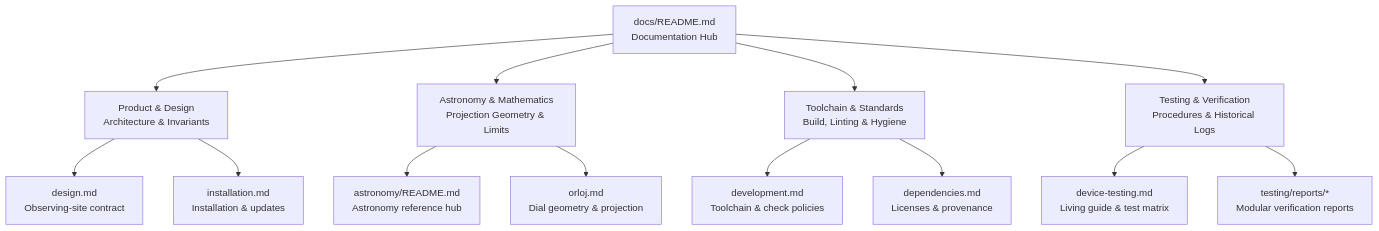
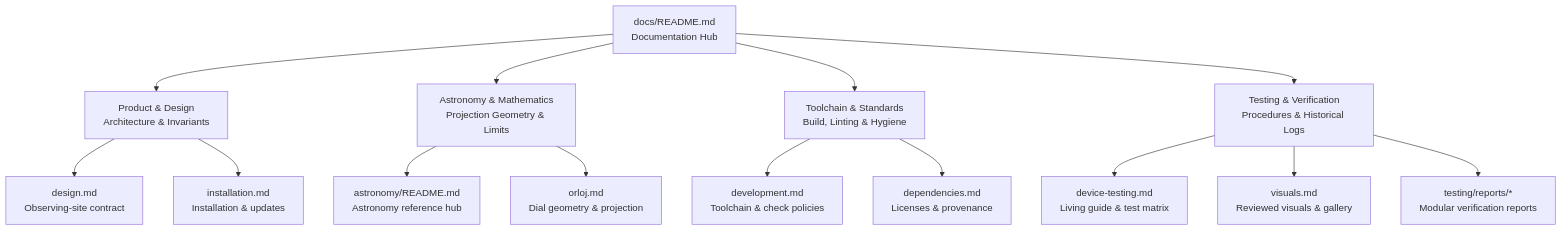
One commit to cmp0xff/astronomical-clocks-wallpaper changed the diagram in docs/README.md. Above: the diagram before and after it, drawn with Mermaid. The commit also changed other lines of this file and 8 other files, not shown here.

````diff
--- a/docs/README.md
+++ b/docs/README.md
@@ -7,25 +7,26 @@
 ```mermaid
 graph TD
     DocsHub["docs/README.md<br/>Documentation Hub"]
     Design["Product & Design<br/>Architecture & Invariants"]
     Astronomy["Astronomy & Mathematics<br/>Projection Geometry & Limits"]
     Dev["Toolchain & Standards<br/>Build, Linting & Hygiene"]
     Testing["Testing & Verification<br/>Procedures & Historical Logs"]
     
     DocsHub --> Design
     DocsHub --> Astronomy
     DocsHub --> Dev
     DocsHub --> Testing
 
     Design --> D1["design.md<br/>Observing-site contract"]
     Design --> D2["installation.md<br/>Installation & updates"]
 
     Astronomy --> A1["astronomy/README.md<br/>Astronomy reference hub"]
     Astronomy --> A2["orloj.md<br/>Dial geometry & projection"]
 
     Dev --> V1["development.md<br/>Toolchain & check policies"]
     Dev --> V2["dependencies.md<br/>Licenses & provenance"]
 
     Testing --> T1["device-testing.md<br/>Living guide & test matrix"]
-    Testing --> T2["testing/reports/*<br/>Modular verification reports"]
+    Testing --> T2["visuals.md<br/>Reviewed visuals & gallery"]
+    Testing --> T3["testing/reports/*<br/>Modular verification reports"]
 ```
````
